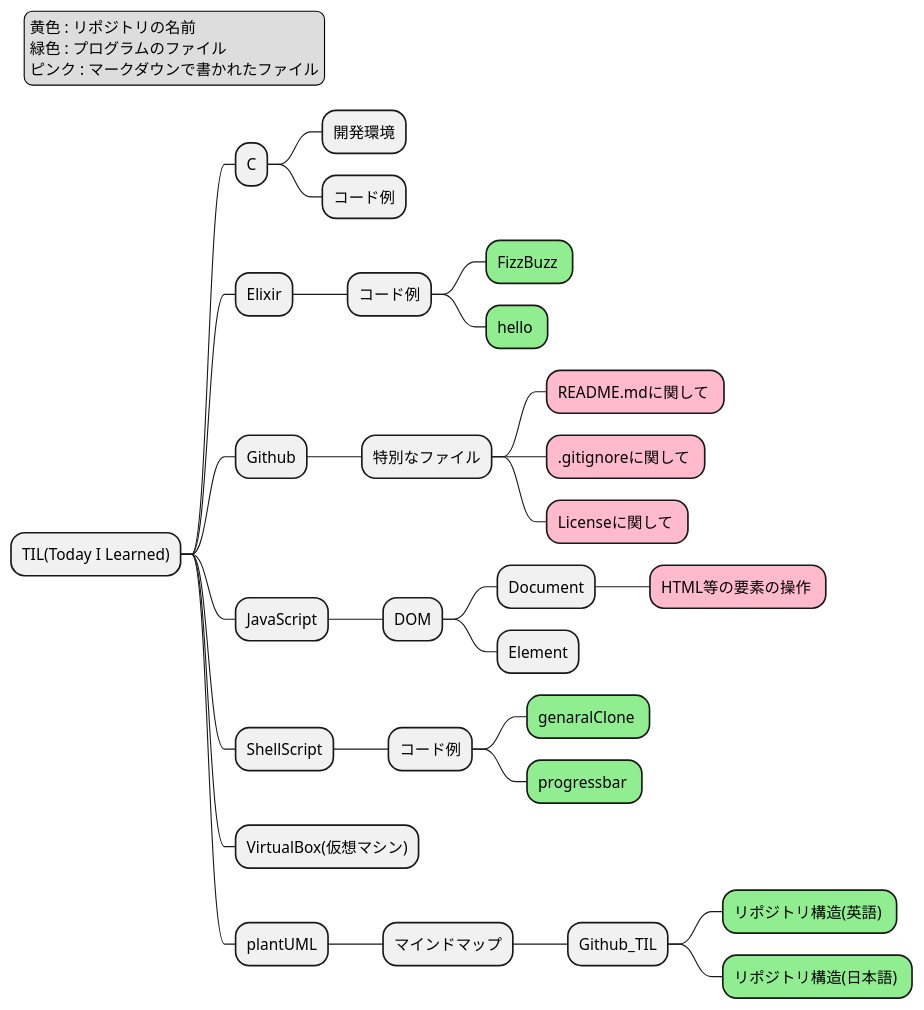
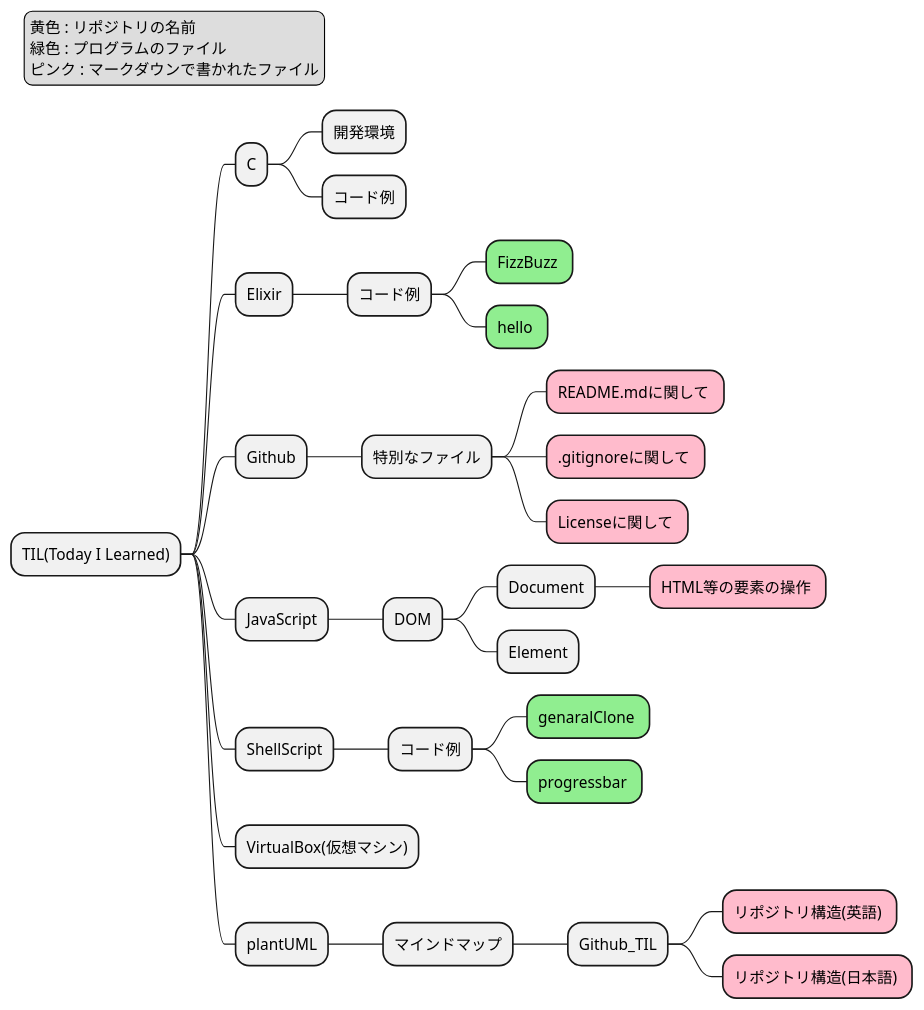
One commit to sudo-roa/TIL changed the diagram in plantUML/MindMap/Github_TIL/RepositoryStructureJ.puml. Above: the diagram before and after it, drawn with PlantUML.

Commit message:
update RepositoryStructureJ

```diff
--- a/plantUML/MindMap/Github_TIL/RepositoryStructureJ.puml
+++ b/plantUML/MindMap/Github_TIL/RepositoryStructureJ.puml
@@ -1,57 +1,57 @@
 @startmindmap RepositoryStructureJ
 
 <style>
 mindmapDiagram {
   .green {
     BackgroundColor #90ee90
   }
   .rose {
     BackgroundColor #FFBBCC
   }
 }
 </style>
 
 * TIL(Today I Learned)
 
 ** C
 *** 開発環境
 *** コード例
 
 ** Elixir
 *** コード例
 **** FizzBuzz <<green>>
 **** hello <<green>>
 
 ** Github
 *** 特別なファイル
 **** README.mdに関して <<rose>>
 **** .gitignoreに関して <<rose>>
 **** Licenseに関して <<rose>>
 
 ** JavaScript
 *** DOM
 **** Document
 ***** HTML等の要素の操作 <<rose>>
 **** Element
 
 ** ShellScript
 *** コード例
 **** genaralClone <<green>>
 **** progressbar <<green>>
 
 ** VirtualBox(仮想マシン)
 
 ** plantUML
 *** マインドマップ
 **** Github_TIL
-***** リポジトリ構造(英語) <<green>>
-***** リポジトリ構造(日本語) <<green>>
+***** リポジトリ構造(英語) <<rose>>
+***** リポジトリ構造(日本語) <<rose>>
 
 
 legend top left
     黄色 : リポジトリの名前
     緑色 : プログラムのファイル
     ピンク : マークダウンで書かれたファイル
 endlegend
 
 @endmindmap
```
